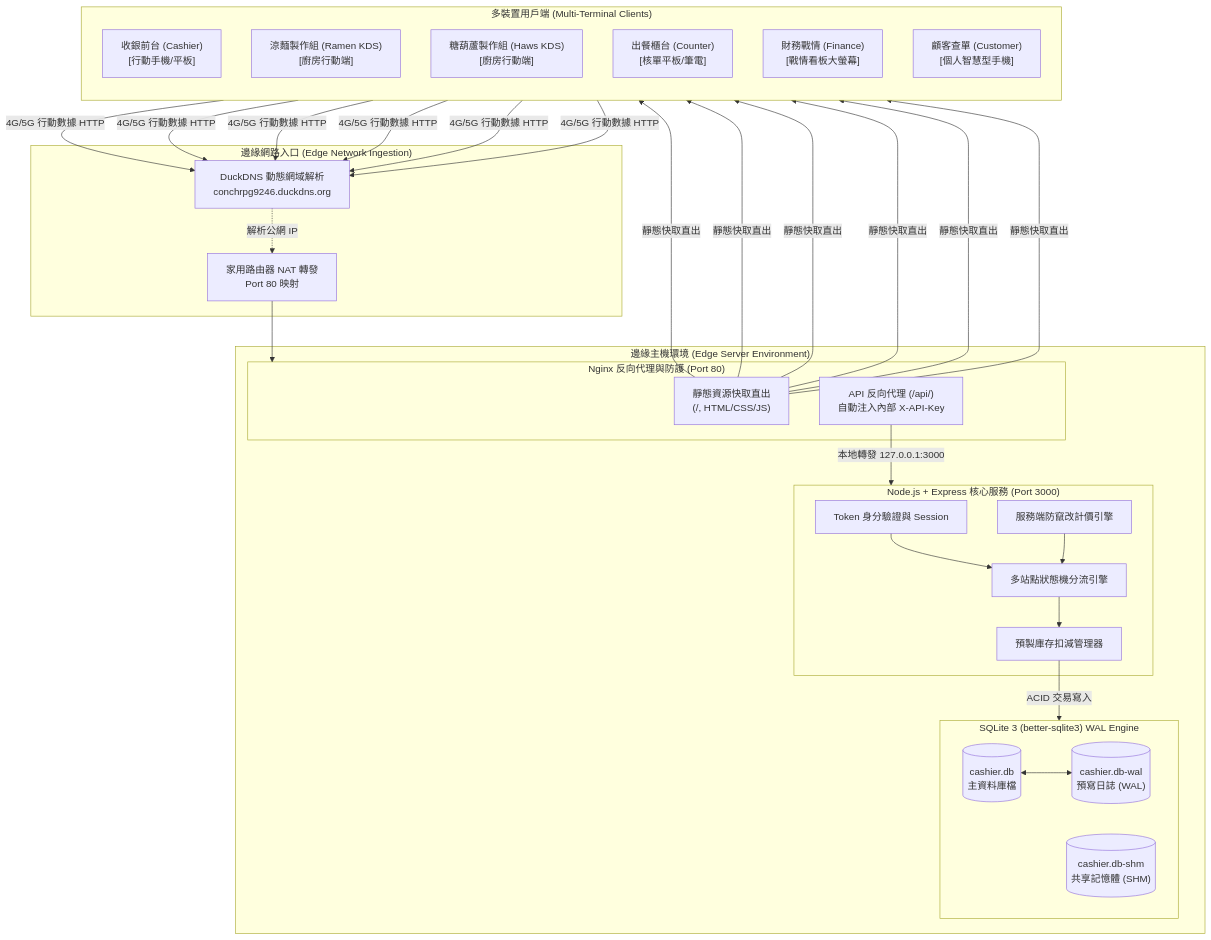
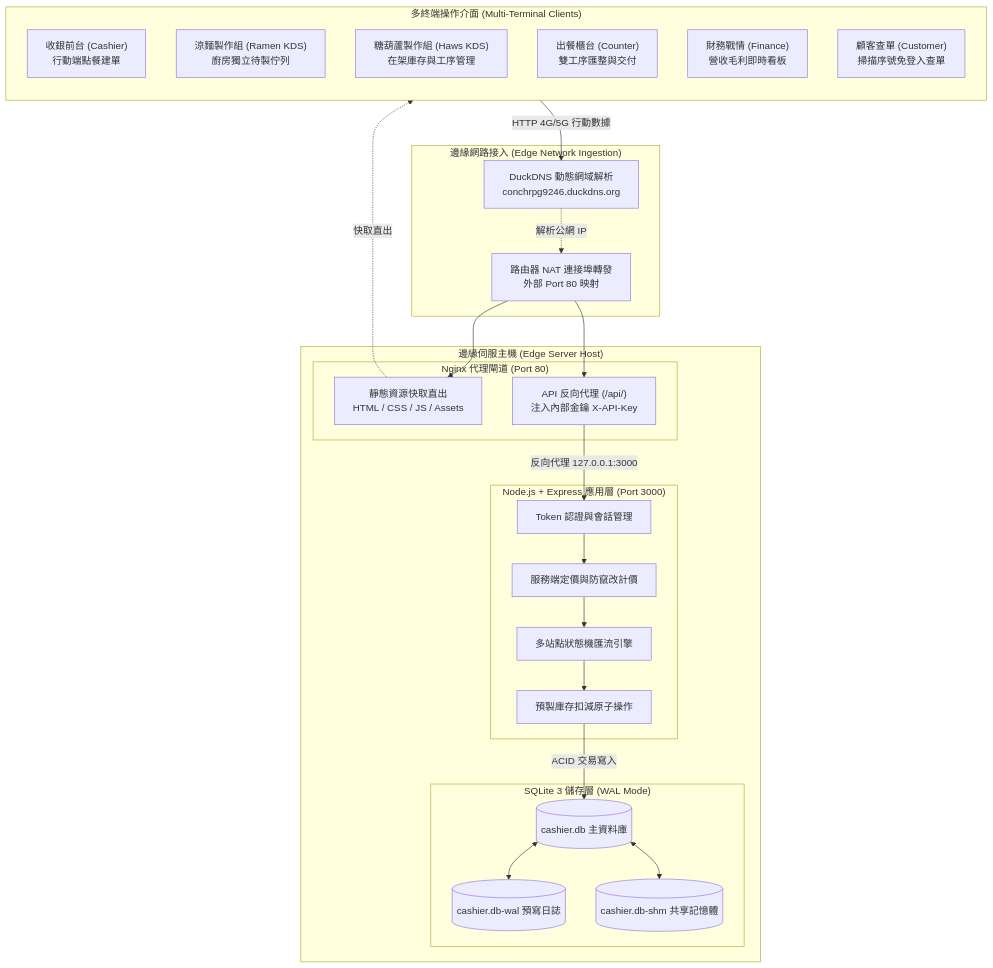
One commit to ytconch/Cashier-System changed the first of 3 diagrams in README.md. Above: the diagram before and after it, drawn with Mermaid. The commit also changed other lines of this file, not shown here.

Commit message:
docs: 修復目錄錨點解析、精簡拓撲圖連線並以經典學術文獻重構參考文獻

````diff
--- a/README.md
+++ b/README.md
@@ -38,48 +38,50 @@
 ```mermaid
 flowchart TB
-    subgraph Clients ["多裝置用戶端 (Multi-Terminal Clients)"]
+    subgraph Clients ["多終端操作介面 (Multi-Terminal Clients)"]
         direction TB
-        C1["收銀前台 (Cashier)<br/>[行動手機/平板]"]
-        C2["涼麵製作組 (Ramen KDS)<br/>[廚房行動端]"]
-        C3["糖葫蘆製作組 (Haws KDS)<br/>[廚房行動端]"]
-        C4["出餐櫃台 (Counter)<br/>[核單平板/筆電]"]
-        C5["財務戰情 (Finance)<br/>[戰情看板大螢幕]"]
-        C6["顧客查單 (Customer)<br/>[個人智慧型手機]"]
+        C1["收銀前台 (Cashier)<br/>行動端點餐建單"]
+        C2["涼麵製作組 (Ramen KDS)<br/>廚房獨立待製佇列"]
+        C3["糖葫蘆製作組 (Haws KDS)<br/>在架庫存與工序管理"]
+        C4["出餐櫃台 (Counter)<br/>雙工序匯整與交付"]
+        C5["財務戰情 (Finance)<br/>營收毛利即時看板"]
+        C6["顧客查單 (Customer)<br/>掃描序號免登入查單"]
     end
 
-    subgraph Network ["邊緣網路入口 (Edge Network Ingestion)"]
+    subgraph Network ["邊緣網路接入 (Edge Network Ingestion)"]
         DNS["DuckDNS 動態網域解析<br/>conchrpg9246.duckdns.org"]
-        NAT["家用路由器 NAT 轉發<br/>Port 80 映射"]
+        NAT["路由器 NAT 連接埠轉發<br/>外部 Port 80 映射"]
     end
 
-    subgraph EdgeHost ["邊緣主機環境 (Edge Server Environment)"]
-        subgraph Gateway ["Nginx 反向代理與防護 (Port 80)"]
-            STATIC["靜態資源快取直出<br/>(/, HTML/CSS/JS)"]
-            REVERSE["API 反向代理 (/api/)<br/>自動注入內部 X-API-Key"]
+    subgraph EdgeHost ["邊緣伺服主機 (Edge Server Host)"]
+        subgraph Gateway ["Nginx 代理閘道 (Port 80)"]
+            STATIC["靜態資源快取直出<br/>HTML / CSS / JS / Assets"]
+            REVERSE["API 反向代理 (/api/)<br/>注入內部金鑰 X-API-Key"]
         end
 
-        subgraph CoreApp ["Node.js + Express 核心服務 (Port 3000)"]
-            AUTH["Token 身分驗證與 Session"]
-            PRICING["服務端防竄改計價引擎"]
-            SM["多站點狀態機分流引擎"]
-            INV["預製庫存扣減管理器"]
+        subgraph CoreApp ["Node.js + Express 應用層 (Port 3000)"]
+            AUTH["Token 認證與會話管理"]
+            PRICING["服務端定價與防竄改計價"]
+            SM["多站點狀態機匯流引擎"]
+            INV["預製庫存扣減原子操作"]
         end
 
-        subgraph Storage ["SQLite 3 (better-sqlite3) WAL Engine"]
-            DB[("cashier.db<br/>主資料庫檔")]
-            WAL[("cashier.db-wal<br/>預寫日誌 (WAL)")]
-            SHM[("cashier.db-shm<br/>共享記憶體 (SHM)")]
+        subgraph Storage ["SQLite 3 儲存層 (WAL Mode)"]
+            DB[("cashier.db 主資料庫")]
+            WAL[("cashier.db-wal 預寫日誌")]
+            SHM[("cashier.db-shm 共享記憶體")]
         end
     end
 
-    C1 & C2 & C3 & C4 & C5 & C6 -->|"4G/5G 行動數據 HTTP"| DNS
+    Clients -->|"HTTP 4G/5G 行動數據"| DNS
     DNS -.->|"解析公網 IP"| NAT
-    NAT --> Gateway
-    STATIC -->|"靜態快取直出"| C1 & C2 & C3 & C4 & C5 & C6
-    REVERSE -->|"本地轉發 127.0.0.1:3000"| CoreApp
-    AUTH --> SM
+    NAT --> STATIC
+    NAT --> REVERSE
+    STATIC -.->|"快取直出"| Clients
+    REVERSE -->|"反向代理 127.0.0.1:3000"| AUTH
+    AUTH --> PRICING
     PRICING --> SM
     SM --> INV
-    INV -->|"ACID 交易寫入"| Storage
+    INV -->|"ACID 交易寫入"| DB
     DB <--> WAL
+    DB <--> SHM
 ```
````
